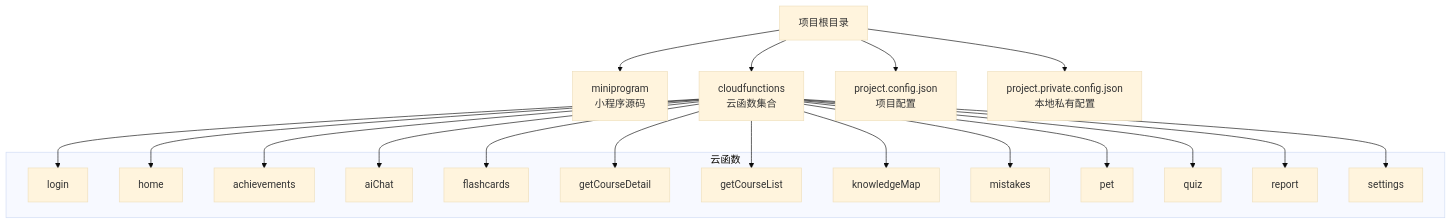
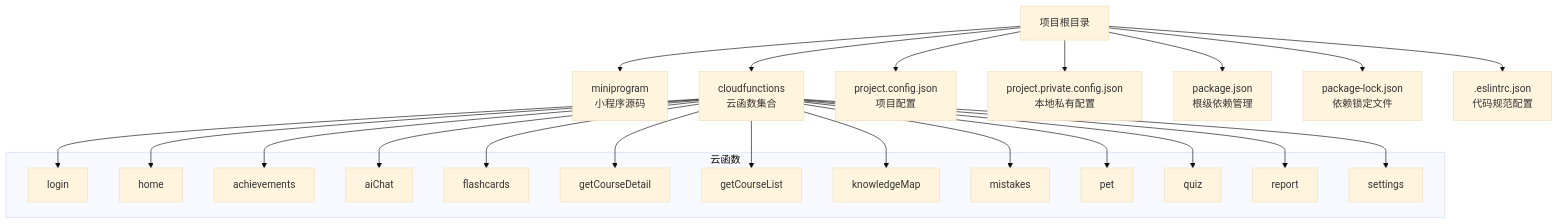
The first of 3 diagrams in .qoder/repowiki/zh/content/部署运维/环境配置.md (cwb7756/bio), drawn with Mermaid (base theme) before and after one commit. The commit also changed other lines of this file and 45 other files, not shown here.

````diff
--- a/.qoder/repowiki/zh/content/部署运维/环境配置.md
+++ b/.qoder/repowiki/zh/content/部署运维/环境配置.md
@@ -58,35 +65,38 @@
 ```mermaid
 graph TB
 A["项目根目录"] --> B["miniprogram<br/>小程序源码"]
 A --> C["cloudfunctions<br/>云函数集合"]
 A --> D["project.config.json<br/>项目配置"]
 A --> E["project.private.config.json<br/>本地私有配置"]
+A --> F["package.json<br/>根级依赖管理"]
+A --> G["package-lock.json<br/>依赖锁定文件"]
+A --> H[".eslintrc.json<br/>代码规范配置"]
 subgraph "云函数"
 C1["login"]
 C2["home"]
 C3["achievements"]
 C4["aiChat"]
 C5["flashcards"]
 C6["getCourseDetail"]
 C7["getCourseList"]
 C8["knowledgeMap"]
 C9["mistakes"]
 C10["pet"]
 C11["quiz"]
 C12["report"]
 C13["settings"]
 end
 C --> C1
 C --> C2
 C --> C3
 C --> C4
 C --> C5
 C --> C6
 C --> C7
 C --> C8
 C --> C9
 C --> C10
 C --> C11
 C --> C12
 C --> C13
 ```
````
